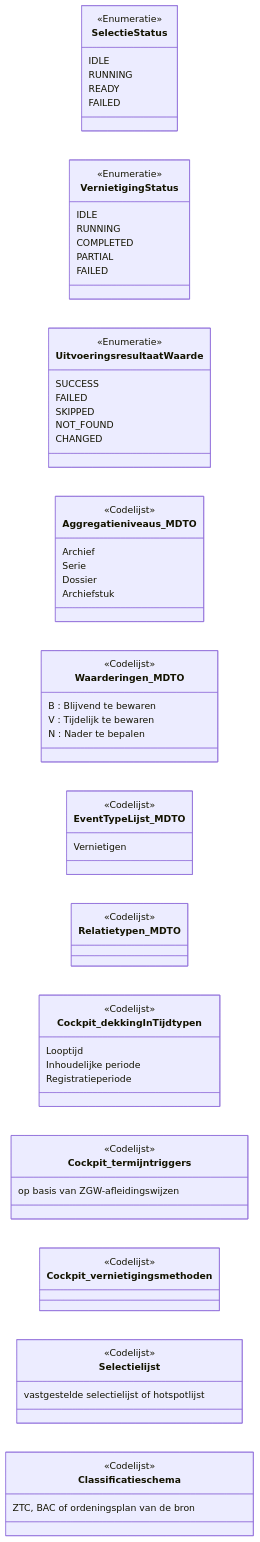
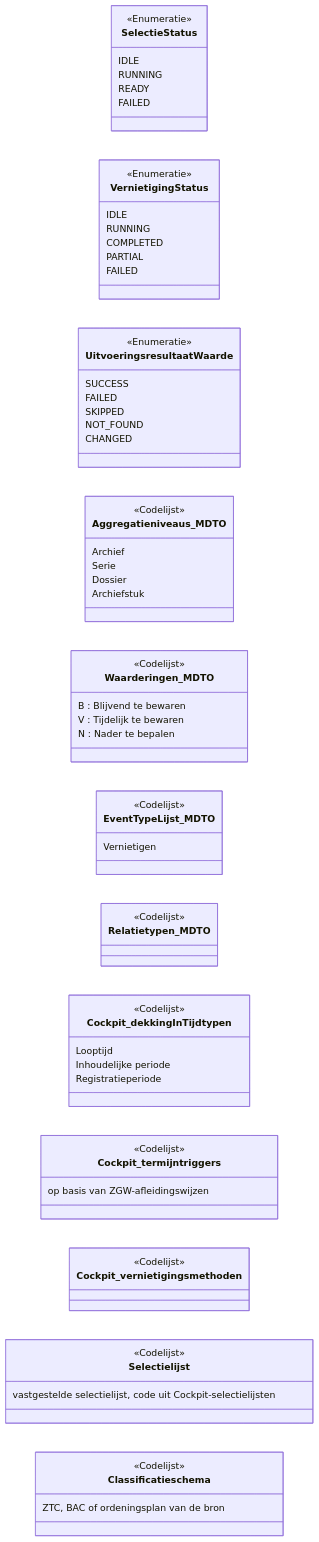
The third of 3 diagrams in designrules/api/api-informatiemodel-mim.md (GemeenteArnhem/Vernietigingscockpit), drawn with Mermaid before and after one commit. The commit also changed other lines of this file and 15 other files, not shown here.

````diff
--- a/designrules/api/api-informatiemodel-mim.md
+++ b/designrules/api/api-informatiemodel-mim.md
@@ -274,80 +274,80 @@
 ```mermaid
 classDiagram
   direction LR
 
   class SelectieStatus {
     <<Enumeratie>>
     IDLE
     RUNNING
     READY
     FAILED
   }
 
   class VernietigingStatus {
     <<Enumeratie>>
     IDLE
     RUNNING
     COMPLETED
     PARTIAL
     FAILED
   }
 
   class UitvoeringsresultaatWaarde {
     <<Enumeratie>>
     SUCCESS
     FAILED
     SKIPPED
     NOT_FOUND
     CHANGED
   }
 
   class Aggregatieniveaus_MDTO {
     <<Codelijst>>
     Archief
     Serie
     Dossier
     Archiefstuk
   }
 
   class Waarderingen_MDTO {
     <<Codelijst>>
     B : Blijvend te bewaren
     V : Tijdelijk te bewaren
     N : Nader te bepalen
   }
 
   class EventTypeLijst_MDTO {
     <<Codelijst>>
     Vernietigen
   }
 
   class Relatietypen_MDTO {
     <<Codelijst>>
   }
 
   class Cockpit_dekkingInTijdtypen {
     <<Codelijst>>
     Looptijd
     Inhoudelijke periode
     Registratieperiode
   }
 
   class Cockpit_termijntriggers {
     <<Codelijst>>
     op basis van ZGW-afleidingswijzen
   }
 
   class Cockpit_vernietigingsmethoden {
     <<Codelijst>>
   }
 
   class Selectielijst {
     <<Codelijst>>
-    vastgestelde selectielijst of hotspotlijst
+    vastgestelde selectielijst, code uit Cockpit-selectielijsten
   }
 
   class Classificatieschema {
     <<Codelijst>>
     ZTC, BAC of ordeningsplan van de bron
   }
 ```
````
